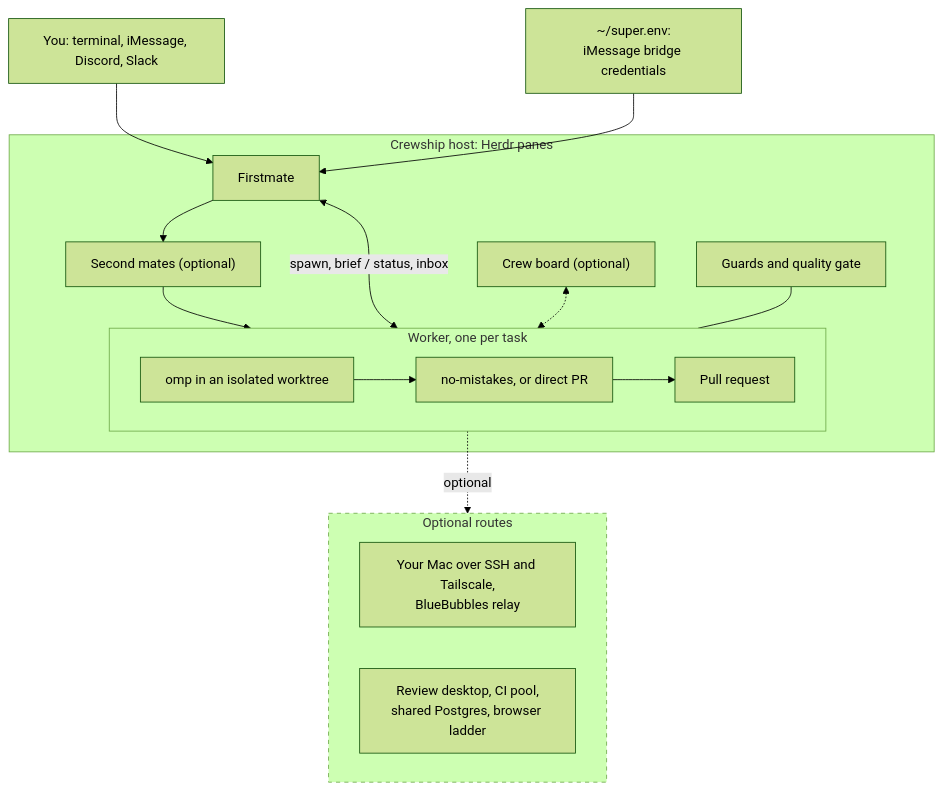
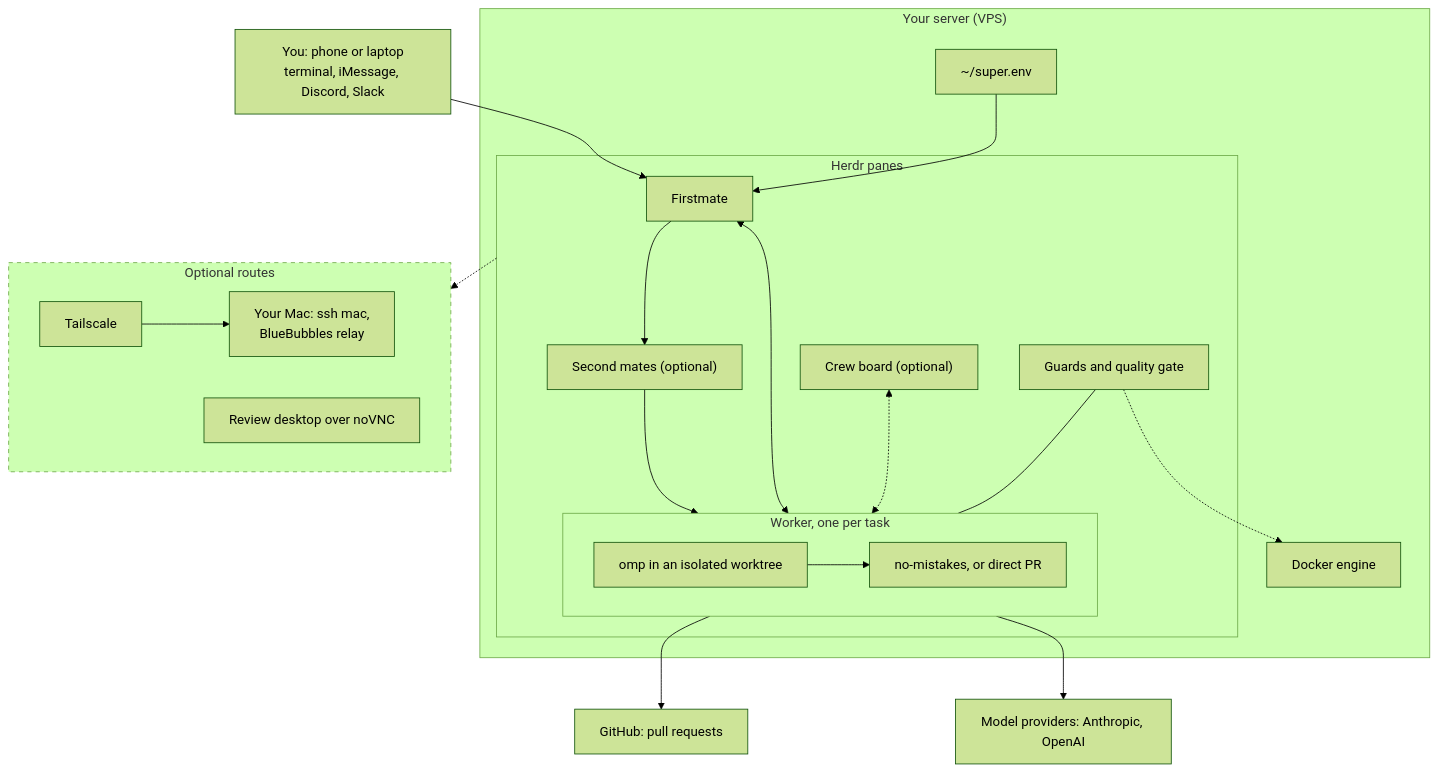
The diagram in README.md (i098/Crewship), drawn with Mermaid (forest theme) before and after one commit.

Commit message:
docs: mark the server boundary in the How it works diagram

````diff
--- a/README.md
+++ b/README.md
@@ -59,28 +59,35 @@
 ```mermaid
 flowchart TD
-    you["You: terminal, iMessage, Discord, Slack"]
-    env["~/super.env:<br/>iMessage bridge credentials"]
-    subgraph host["Crewship host: Herdr panes"]
-        fm["Firstmate"]
-        sm["Second mates (optional)"]
-        board["Crew board (optional)"]
-        gates["Guards and quality gate"]
-        subgraph worker["Worker, one per task"]
-            direction LR
-            omp["omp in an isolated worktree"] --> nm["no-mistakes, or direct PR"] --> pr["Pull request"]
+    you["You: phone or laptop<br/>terminal, iMessage, Discord, Slack"]
+    subgraph vps["Your server (VPS)"]
+        env["~/super.env"]
+        subgraph herdr["Herdr panes"]
+            fm["Firstmate"]
+            sm["Second mates (optional)"]
+            board["Crew board (optional)"]
+            gates["Guards and quality gate"]
+            subgraph worker["Worker, one per task"]
+                omp["omp in an isolated worktree"] --> nm["no-mistakes, or direct PR"]
+            end
         end
+        docker["Docker engine"]
     end
+    gh["GitHub: pull requests"]
+    models["Model providers: Anthropic, OpenAI"]
     subgraph opt["Optional routes"]
-        mac["Your Mac over SSH and Tailscale,<br/>BlueBubbles relay"]
-        more["Review desktop, CI pool,<br/>shared Postgres, browser ladder"]
+        ts["Tailscale"] --> mac["Your Mac: ssh mac,<br/>BlueBubbles relay"]
+        desktop["Review desktop over noVNC"]
     end
     you --> fm
     env --> fm
     fm --> sm
     sm --> worker
-    fm <-->|spawn, brief / status, inbox| worker
+    fm <--> worker
     board <-.-> worker
     gates --- worker
-    worker -.->|optional| opt
+    gates -.-> docker
+    worker --> gh
+    worker --> models
+    herdr -.-> opt
     style opt stroke-dasharray: 5 5
 ```
````
